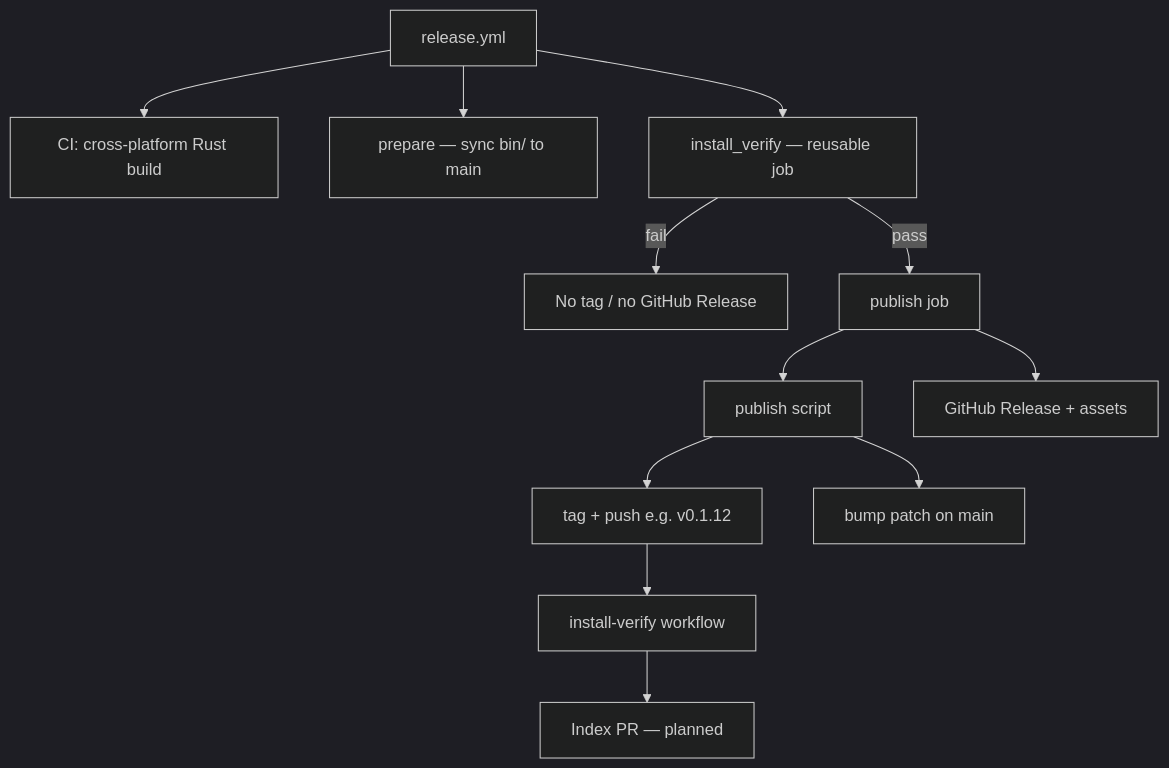
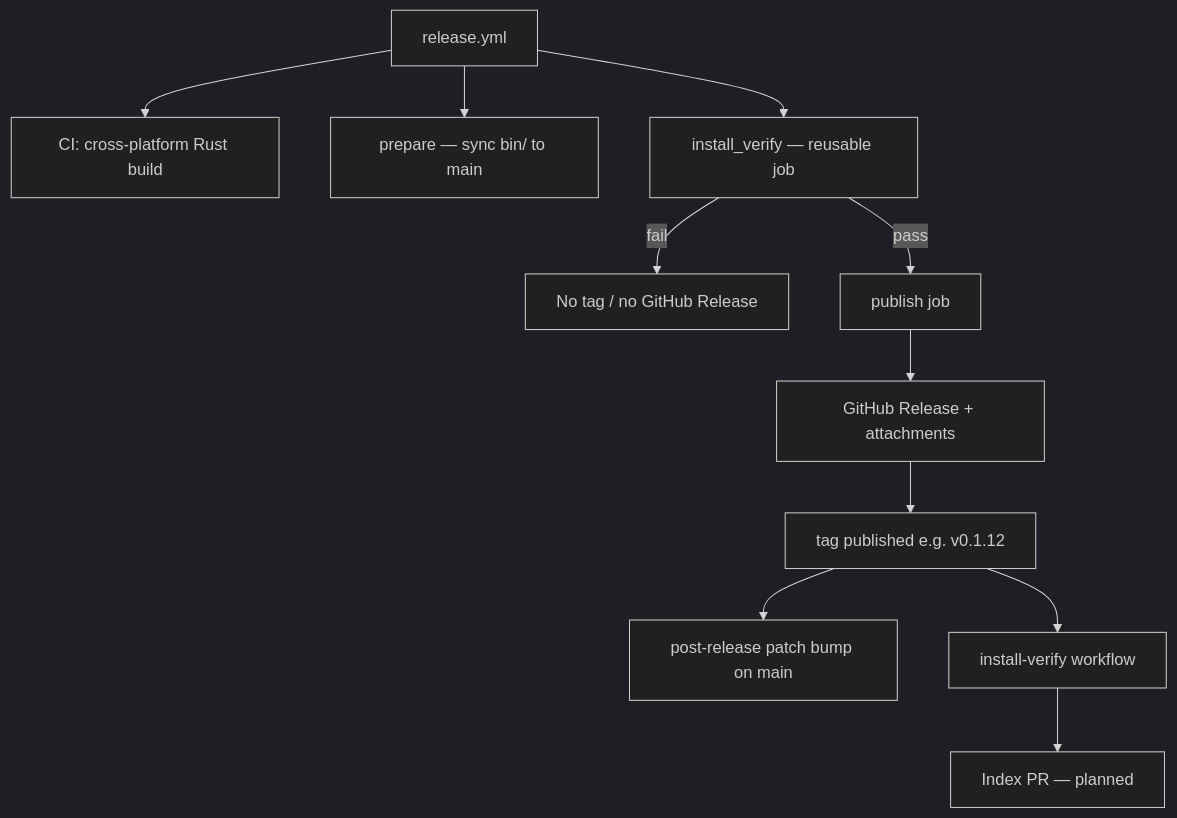
Before and after one commit to CREATeNG/freecad-mcp-bridge: the first of 2 diagrams in MAINTAINING.md, drawn with Mermaid (dark theme). The commit also changed other lines of this file and 4 other files, not shown here.

First line of the commit message:
Reorder release publish: attachments before tag, bump after release

````diff
--- a/MAINTAINING.md
+++ b/MAINTAINING.md
@@ -84,15 +83,14 @@
 ```mermaid
 flowchart TD
   R[release.yml]
   R --> build[CI: cross-platform Rust build]
   R --> prep[prepare — sync bin/ to main]
   R --> verify[install_verify — reusable job]
   verify -->|fail| stop[No tag / no GitHub Release]
   verify -->|pass| pub[publish job]
-  pub --> orch[publish script]
-  orch --> tag[tag + push e.g. v0.1.12]
-  orch --> zbump[bump patch on main]
-  pub --> gh[GitHub Release + assets]
+  pub --> gh[GitHub Release + attachments]
+  gh --> tag[tag published e.g. v0.1.12]
+  tag --> zbump[post-release patch bump on main]
   tag --> postverify[install-verify workflow]
   postverify --> index[Index PR — planned]
 ```
````
